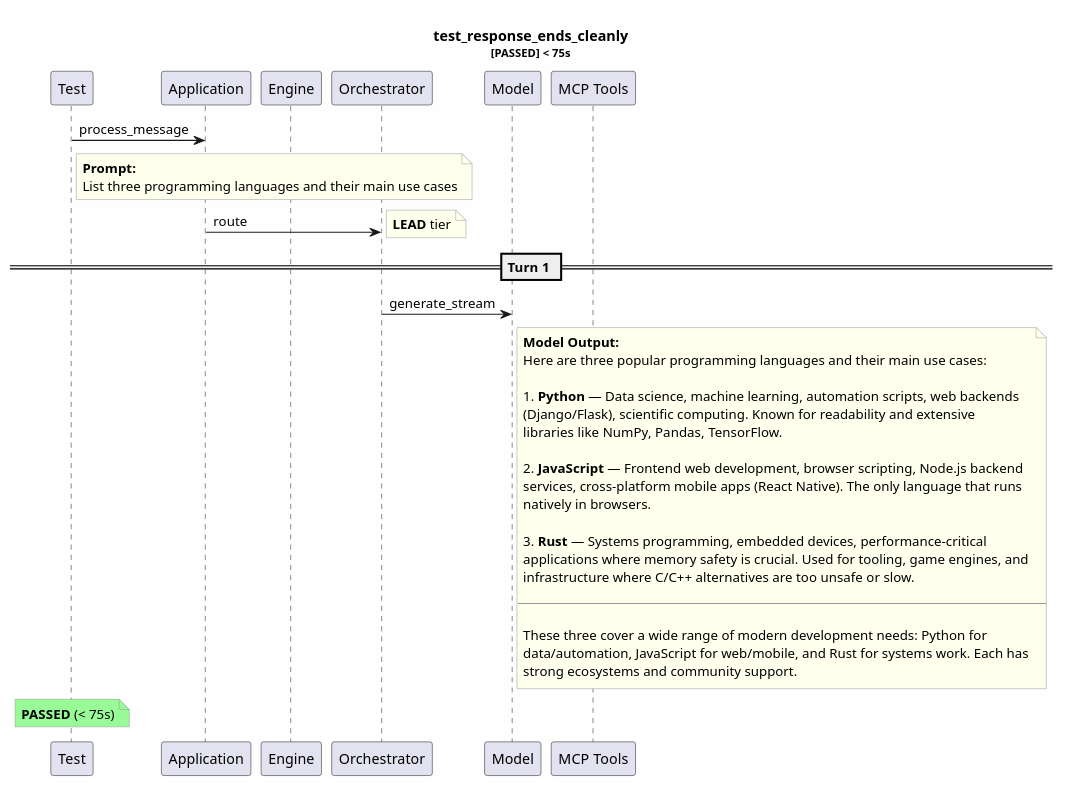
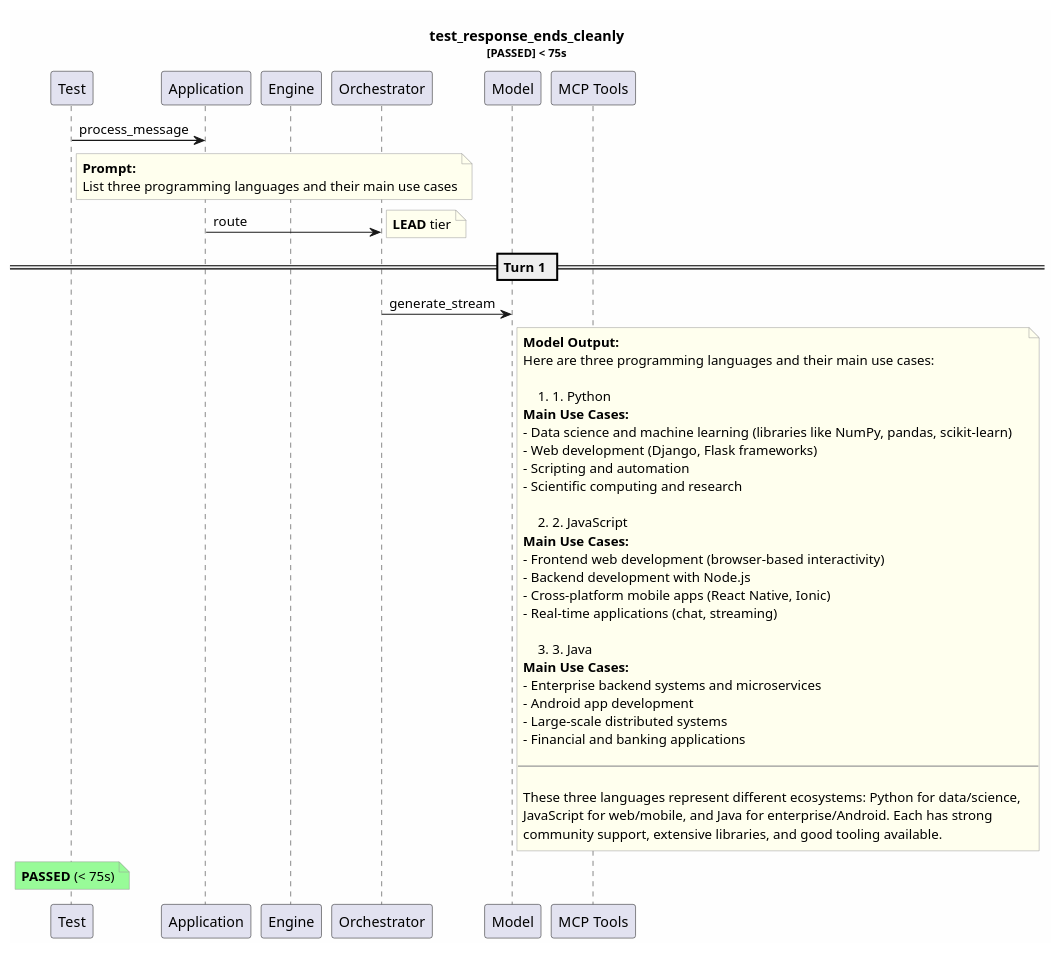
Before and after one commit to tvanfossen/entropic: the diagram in test-reports/logs/test_response_ends_cleanly/test_response_ends_cleanly.puml, drawn with PlantUML. The commit also changed 11 other files, not shown here.

```diff
--- a/test-reports/logs/test_response_ends_cleanly/test_response_ends_cleanly.puml
+++ b/test-reports/logs/test_response_ends_cleanly/test_response_ends_cleanly.puml
@@ -1,49 +1,58 @@
 @startuml
 skinparam backgroundColor #FEFEFE
 skinparam noteBorderColor #999999
 skinparam noteBackgroundColor #FFFFEE
 title test_response_ends_cleanly\n<size:11>[PASSED] < 75s</size>
 
 participant "Test" as T
 participant "Application" as App
 participant "Engine" as Eng
 participant "Orchestrator" as Orch
 participant "Model" as Mdl
 participant "MCP Tools" as MCP
 
 T -> App: process_message
 note right of T
   **Prompt:**
   List three programming languages and their main use cases
 end note
 App -> Orch: route
 note right: **LEAD** tier
 == Turn 1 ==
 Orch -> Mdl: generate_stream
 note right of Mdl
   **Model Output:**
-  Here are three popular programming languages and their main use cases:
+  Here are three programming languages and their main use cases:
   
-  1. **Python** — Data science, machine learning, automation scripts, web backends
-  (Django/Flask), scientific computing. Known for readability and extensive 
-  libraries like NumPy, Pandas, TensorFlow.
+  ## 1. Python
+  **Main Use Cases:**
+  - Data science and machine learning (libraries like NumPy, pandas, scikit-learn)
+  - Web development (Django, Flask frameworks)
+  - Scripting and automation
+  - Scientific computing and research
   
-  2. **JavaScript** — Frontend web development, browser scripting, Node.js backend
-  services, cross-platform mobile apps (React Native). The only language that runs
-  natively in browsers.
+  ## 2. JavaScript
+  **Main Use Cases:**
+  - Frontend web development (browser-based interactivity)
+  - Backend development with Node.js
+  - Cross-platform mobile apps (React Native, Ionic)
+  - Real-time applications (chat, streaming)
   
-  3. **Rust** — Systems programming, embedded devices, performance-critical 
-  applications where memory safety is crucial. Used for tooling, game engines, and
-  infrastructure where C/C++ alternatives are too unsafe or slow.
+  ## 3. Java
+  **Main Use Cases:**
+  - Enterprise backend systems and microservices
+  - Android app development
+  - Large-scale distributed systems
+  - Financial and banking applications
   
   ---
   
-  These three cover a wide range of modern development needs: Python for 
-  data/automation, JavaScript for web/mobile, and Rust for systems work. Each has 
-  strong ecosystems and community support.
+  These three languages represent different ecosystems: Python for data/science, 
+  JavaScript for web/mobile, and Java for enterprise/Android. Each has strong 
+  community support, extensive libraries, and good tooling available.
 end note
 note over T #palegreen
   **PASSED** (< 75s)
 end note
 
 @enduml
```
